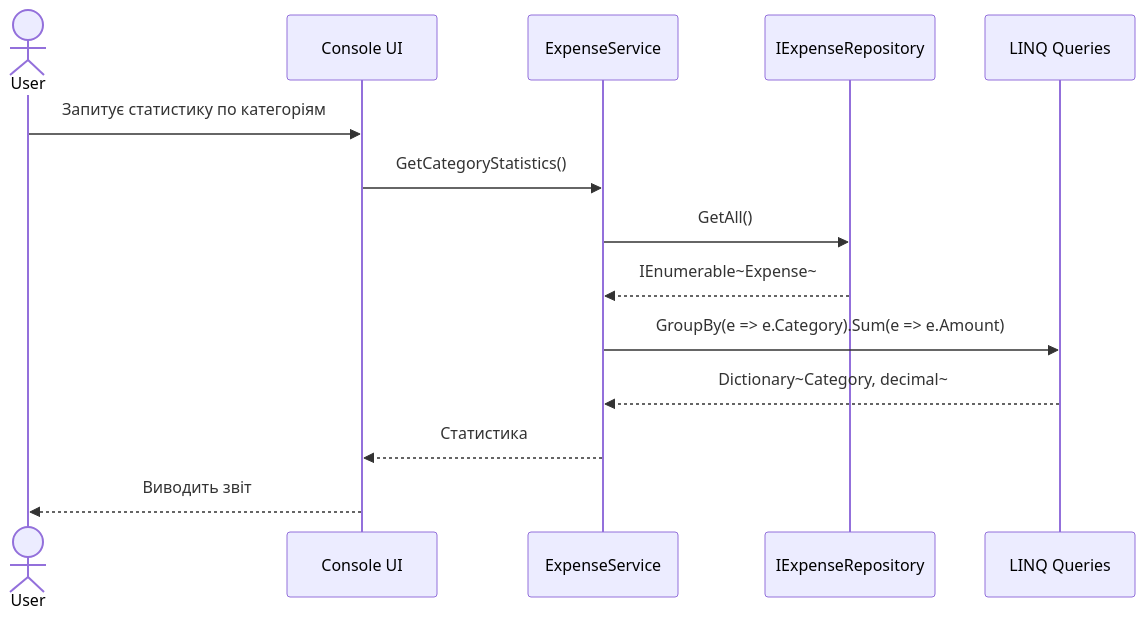
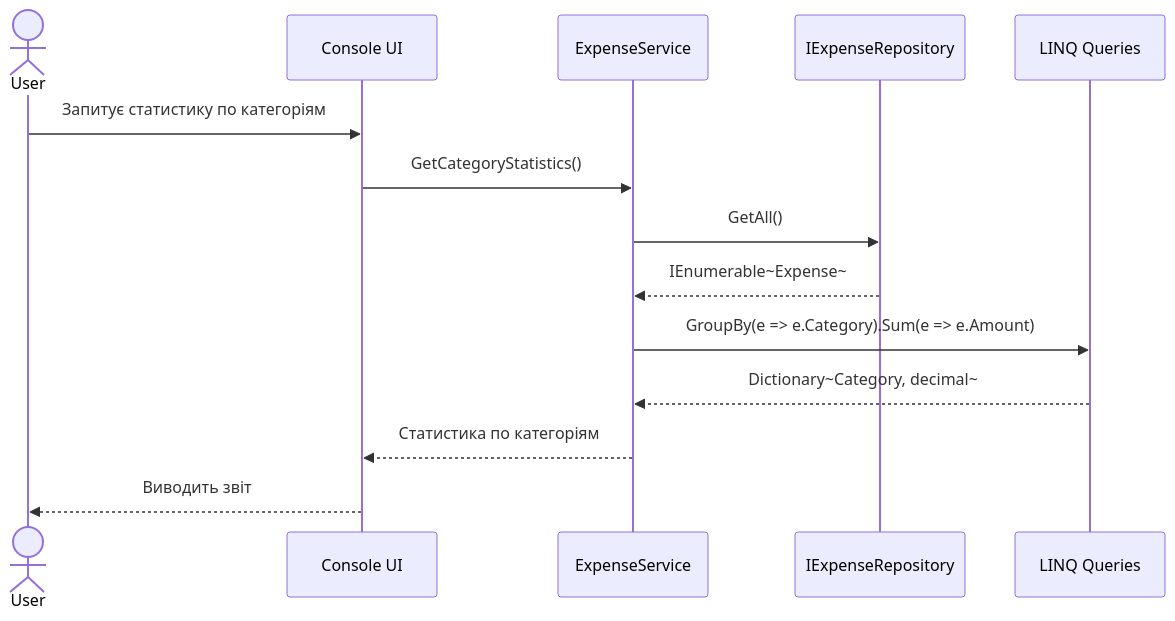
The second of 3 diagrams in docs/sequence-diagram.md (dasha024200/ExpenseTracker), drawn with Mermaid before and after one commit. The commit also changed other lines of this file and 9 other files, not shown here.

Commit message:
Lab 34: ExpenseTracker architecture and documentation

````diff
--- a/docs/sequence-diagram.md
+++ b/docs/sequence-diagram.md
@@ -48,17 +28,17 @@
 ```mermaid
 sequenceDiagram
     actor User
     participant Console as Console UI
     participant Service as ExpenseService
-    participant Repo as IExpenseRepository
+    participant Repository as IExpenseRepository
     participant LINQ as LINQ Queries
 
     User->>Console: Запитує статистику по категоріям
     Console->>Service: GetCategoryStatistics()
-    Service->>Repo: GetAll()
-    Repo-->>Service: IEnumerable~Expense~
+    Service->>Repository: GetAll()
+    Repository-->>Service: IEnumerable~Expense~
     Service->>LINQ: GroupBy(e => e.Category).Sum(e => e.Amount)
     LINQ-->>Service: Dictionary~Category, decimal~
-    Service-->>Console: Статистика
+    Service-->>Console: Статистика по категоріям
     Console-->>User: Виводить звіт
 ```
````
